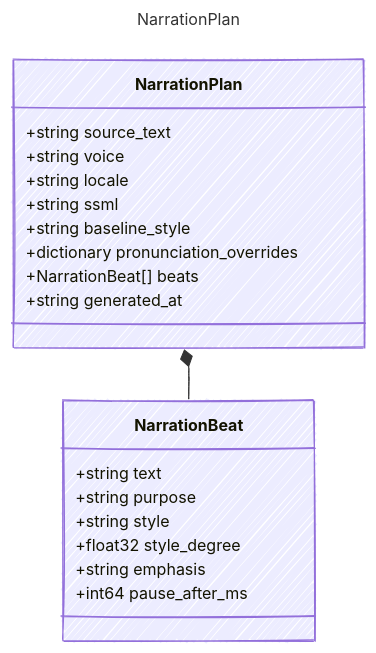
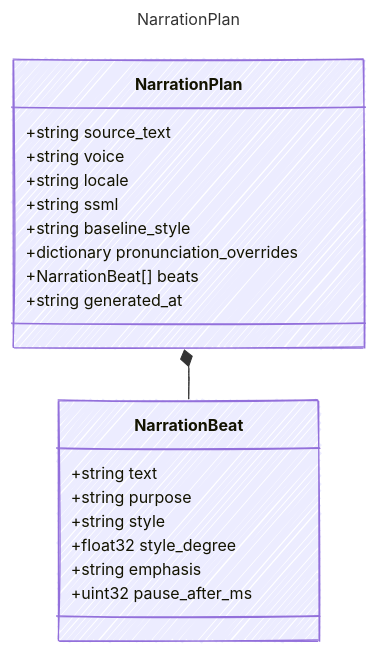
One commit to sethjuarez/cutready changed the diagram in contracts/generated/markdown/NarrationPlan.md. Above: the diagram before and after it, drawn with Mermaid. The commit also changed 41 other files, not shown here.

````diff
--- a/contracts/generated/markdown/NarrationPlan.md
+++ b/contracts/generated/markdown/NarrationPlan.md
@@ -12,30 +12,30 @@
 ```mermaid
 ---
 title: NarrationPlan
 config:
   look: handDrawn
   theme: colorful
   class:
     hideEmptyMembersBox: true
 ---
 classDiagram
     class NarrationPlan {
         +string source_text
         +string voice
         +string locale
         +string ssml
         +string baseline_style
         +dictionary pronunciation_overrides
         +NarrationBeat[] beats
         +string generated_at
     }
     class NarrationBeat {
         +string text
         +string purpose
         +string style
         +float32 style_degree
         +string emphasis
-        +int64 pause_after_ms
+        +uint32 pause_after_ms
     }
     NarrationPlan *-- NarrationBeat
 ```
````
